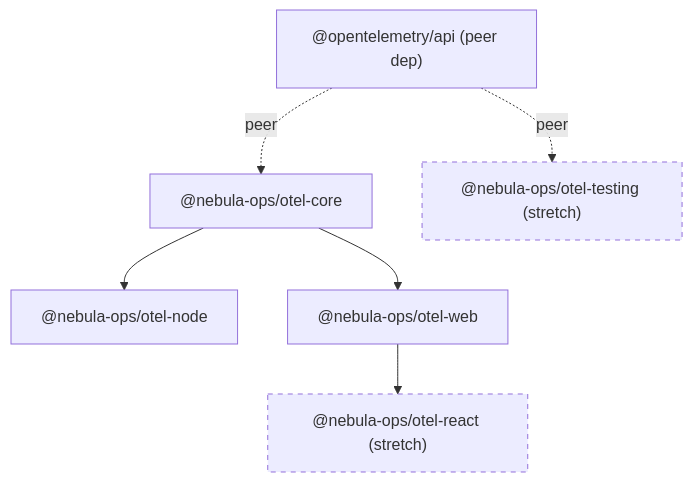
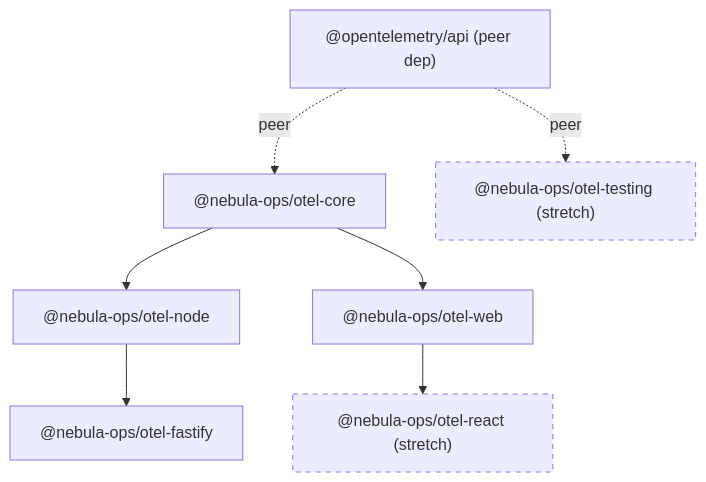
Before and after one commit to tripathirajan/nebula-ops: the diagram in docs/architecture.md, drawn with Mermaid. The commit also changed other lines of this file and 28 other files, not shown here.

First line of the commit message:
M2.5: add @nebula-ops/otel-fastify (new package, mid-implementation)

````diff
--- a/docs/architecture.md
+++ b/docs/architecture.md
@@ -5,19 +5,21 @@
 ```mermaid
 graph TD
     api["@opentelemetry/api (peer dep)"]
 
     core["@nebula-ops/otel-core"]
     node["@nebula-ops/otel-node"]
     web["@nebula-ops/otel-web"]
     react["@nebula-ops/otel-react (stretch)"]
     testing["@nebula-ops/otel-testing (stretch)"]
+    fastify["@nebula-ops/otel-fastify"]
 
     api -.peer.-> core
     core --> node
     core --> web
     web --> react
+    node --> fastify
     api -.peer.-> testing
 
     classDef stretch stroke-dasharray: 5 5;
     class react,testing stretch;
 ```
````
